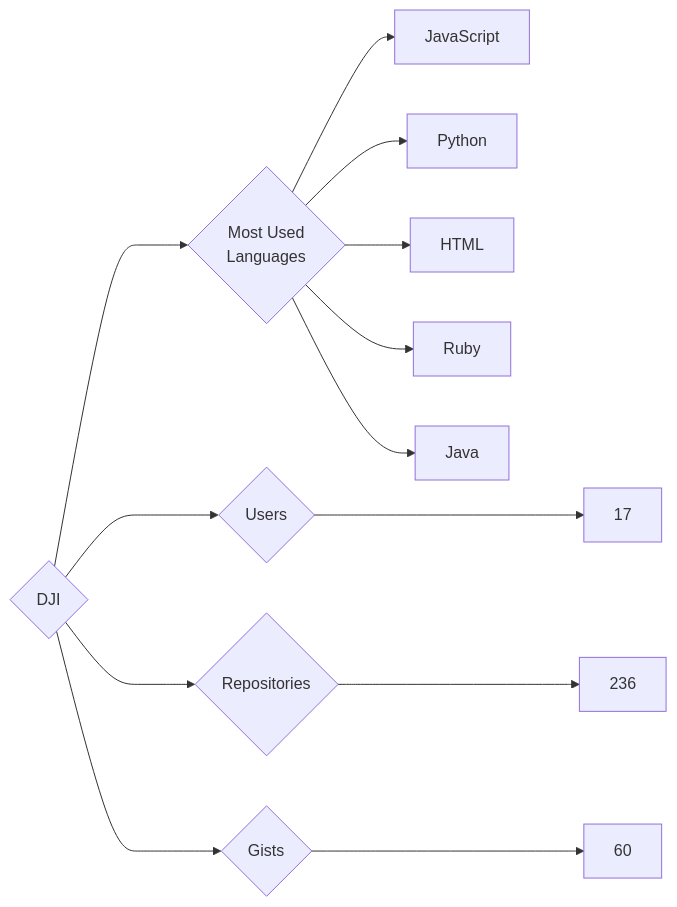
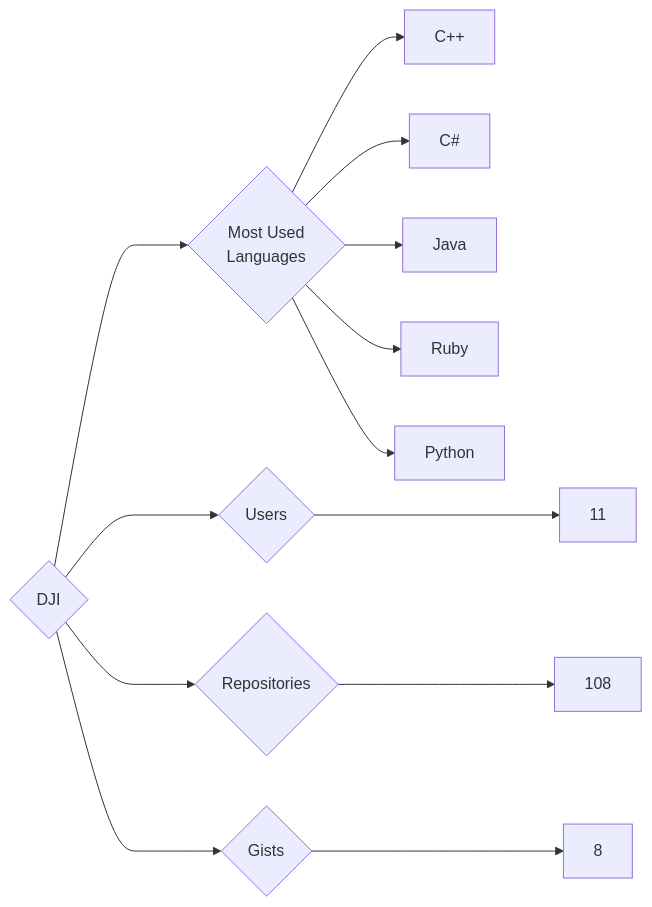
Before and after one commit to trickest/insiders: the diagram in targets/DJI/README.md, drawn with Mermaid. The commit also changed 894 other files, not shown here.

````diff
--- a/targets/DJI/README.md
+++ b/targets/DJI/README.md
@@ -3,13 +3,13 @@
 ```mermaid
 graph LR
 COMPANY_NAME{DJI}
-COMPANY_NAME ---> U{Users} ---> UN[17]
-COMPANY_NAME ---> R{Repositories} ---> RN[236]
-COMPANY_NAME ---> G{Gists} ---> GN[60]
+COMPANY_NAME ---> U{Users} ---> UN[11]
+COMPANY_NAME ---> R{Repositories} ---> RN[108]
+COMPANY_NAME ---> G{Gists} ---> GN[8]
 COMPANY_NAME ---> ML{Most Used<br>Languages}
-ML --> JavaScript[JavaScript]
+ML --> C++[C++]
+ML --> C#[C#]
+ML --> Java[Java]
+ML --> Ruby[Ruby]
 ML --> Python[Python]
-ML --> HTML[HTML]
-ML --> Ruby[Ruby]
-ML --> Java[Java]
 ```
````
